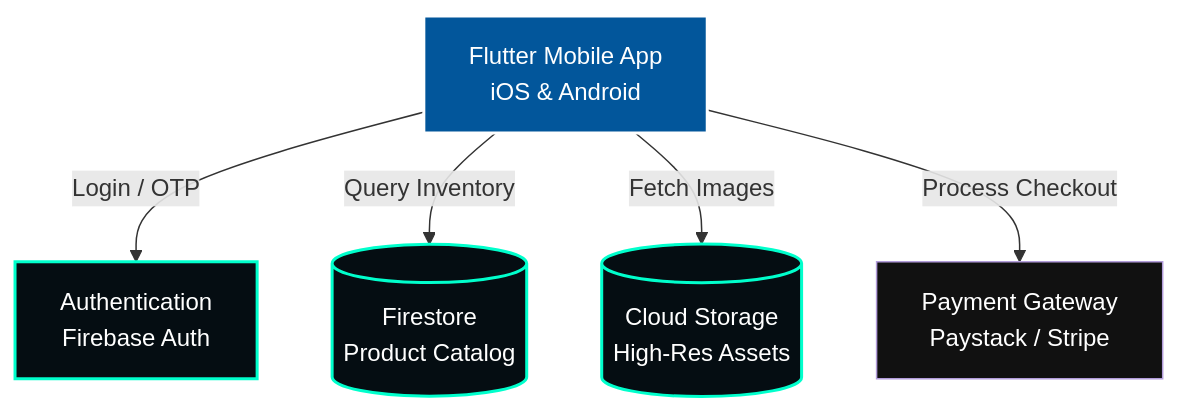
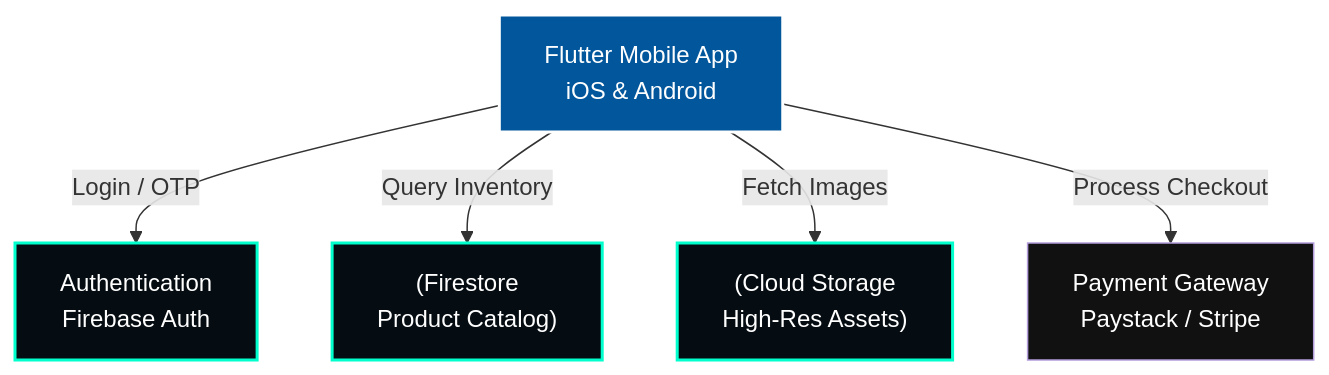
The diagram in README.md (Raphasha27/afro_fashion_mobile), drawn with Mermaid before and after one commit.

Commit message:
docs: Fix mermaid diagram rendering and markdown formatting

````diff
--- a/README.md
+++ b/README.md
@@ -19,22 +19,22 @@
 ```mermaid
 graph TD
     %% Styling
     classDef frontend fill:#02569B,stroke:#fff,stroke-width:2px,color:#fff
     classDef backend fill:#050d12,stroke:#00ffcc,stroke-width:2px,color:#fff
     classDef external fill:#111,stroke:#b39ddb,stroke-width:1px,color:#fff
 
     %% Nodes
-    App[Flutter Mobile App<br>iOS & Android]:::frontend
+    App["Flutter Mobile App<br>iOS & Android"]:::frontend
     
-    Auth[Authentication<br>Firebase Auth]:::backend
-    DB[(Firestore<br>Product Catalog)]:::backend
-    Storage[(Cloud Storage<br>High-Res Assets)]:::backend
+    Auth["Authentication<br>Firebase Auth"]:::backend
+    DB["(Firestore<br>Product Catalog)"]:::backend
+    Storage["(Cloud Storage<br>High-Res Assets)"]:::backend
     
-    Payment[Payment Gateway<br>Paystack / Stripe]:::external
+    Payment["Payment Gateway<br>Paystack / Stripe"]:::external
 
     %% Relationships
     App -->|Login / OTP| Auth
     App -->|Query Inventory| DB
     App -->|Fetch Images| Storage
     App -->|Process Checkout| Payment
 ```
````
